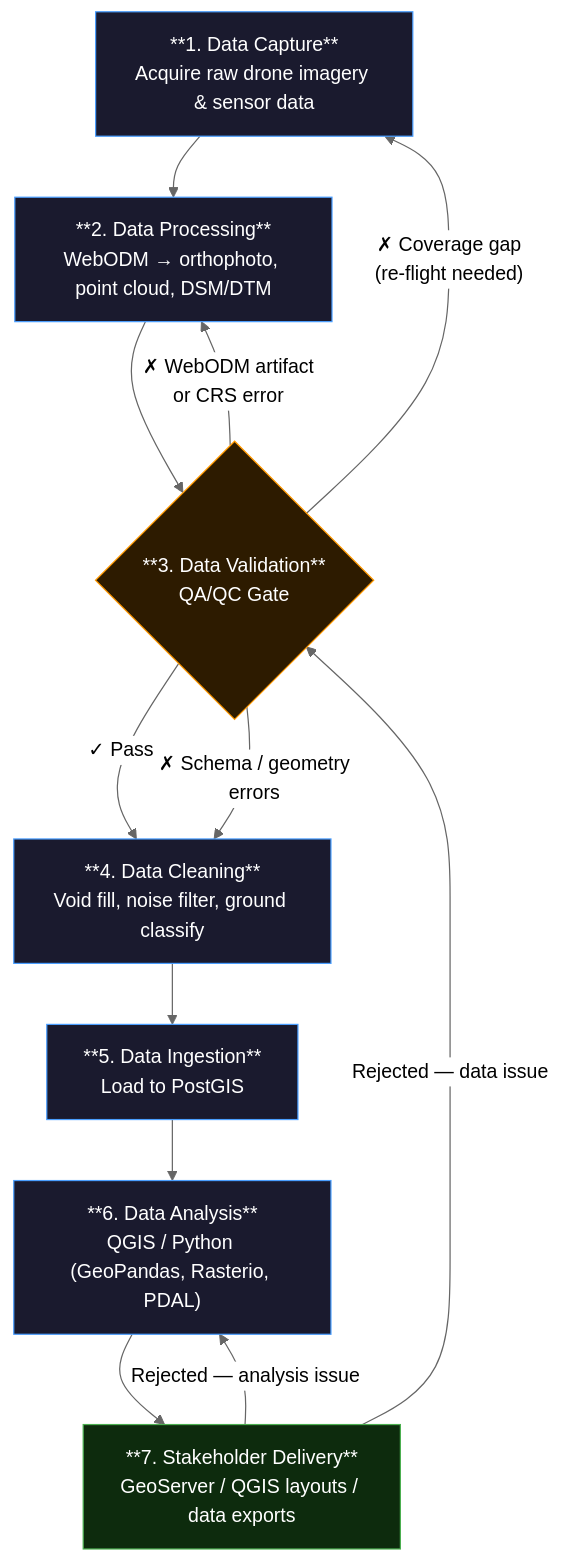
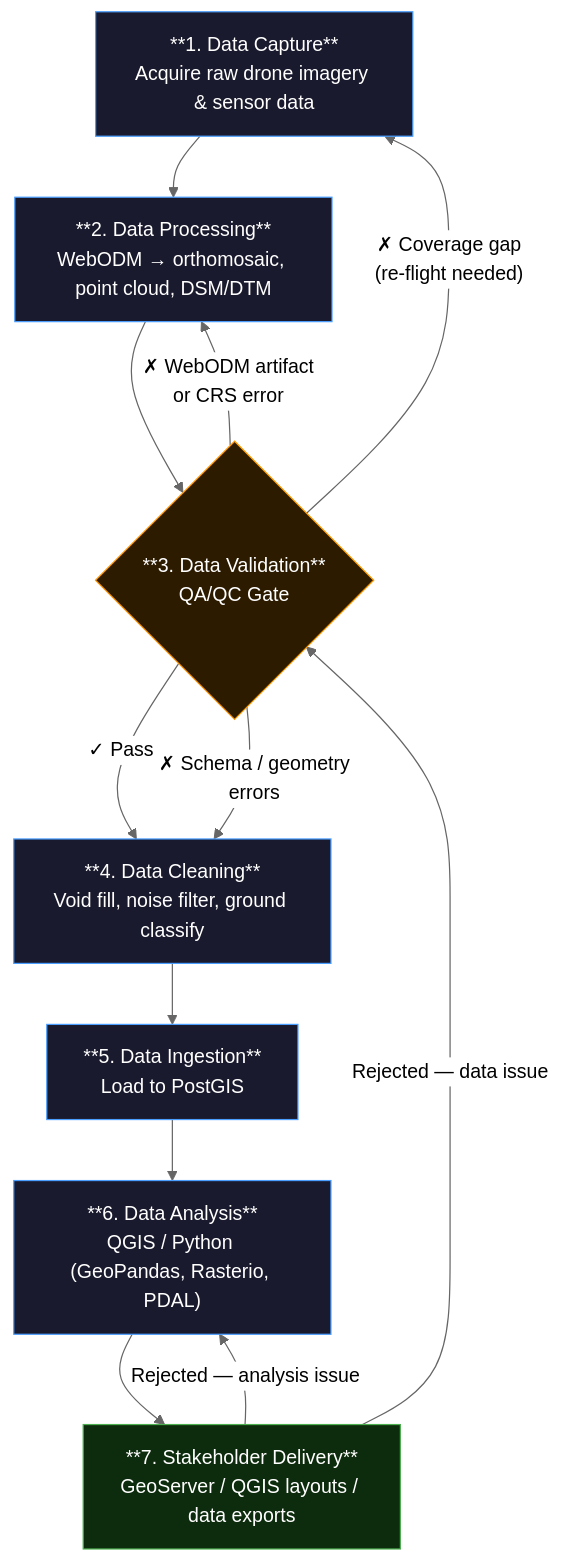
One commit to kibwehoward/pigeon-sight changed the diagram in diagrams/workflow.md. Above: the diagram before and after it, drawn with Mermaid (neutral theme). The commit also changed 9 other files, not shown here.

````diff
--- a/diagrams/workflow.md
+++ b/diagrams/workflow.md
@@ -3,33 +3,33 @@
 ```mermaid
 flowchart TD
     CAP["**1. Data Capture**\nAcquire raw drone imagery & sensor data"]
-    PRO["**2. Data Processing**\nWebODM → orthophoto, point cloud, DSM/DTM"]
+    PRO["**2. Data Processing**\nWebODM → orthomosaic, point cloud, DSM/DTM"]
     VAL{"**3. Data Validation**\nQA/QC Gate"}
     CLN["**4. Data Cleaning**\nVoid fill, noise filter, ground classify"]
     ING["**5. Data Ingestion**\nLoad to PostGIS"]
     ANA["**6. Data Analysis**\nQGIS / Python (GeoPandas, Rasterio, PDAL)"]
     DEL["**7. Stakeholder Delivery**\nGeoServer / QGIS layouts / data exports"]
 
     CAP --> PRO
     PRO --> VAL
 
     VAL -->|"✓ Pass"| CLN
     VAL -->|"✗ Coverage gap\n(re-flight needed)"| CAP
     VAL -->|"✗ WebODM artifact\nor CRS error"| PRO
     VAL -->|"✗ Schema / geometry\nerrors"| CLN
 
     CLN --> ING
     ING --> ANA
     ANA --> DEL
 
     DEL -->|"Rejected — analysis issue"| ANA
     DEL -->|"Rejected — data issue"| VAL
 
     style CAP fill:#1a1a2e,color:#fff,stroke:#4a9eff
     style PRO fill:#1a1a2e,color:#fff,stroke:#4a9eff
     style VAL fill:#2d1b00,color:#fff,stroke:#ff9900
     style CLN fill:#1a1a2e,color:#fff,stroke:#4a9eff
     style ING fill:#1a1a2e,color:#fff,stroke:#4a9eff
     style ANA fill:#1a1a2e,color:#fff,stroke:#4a9eff
     style DEL fill:#0d2b0d,color:#fff,stroke:#4caf50
 ```
````
